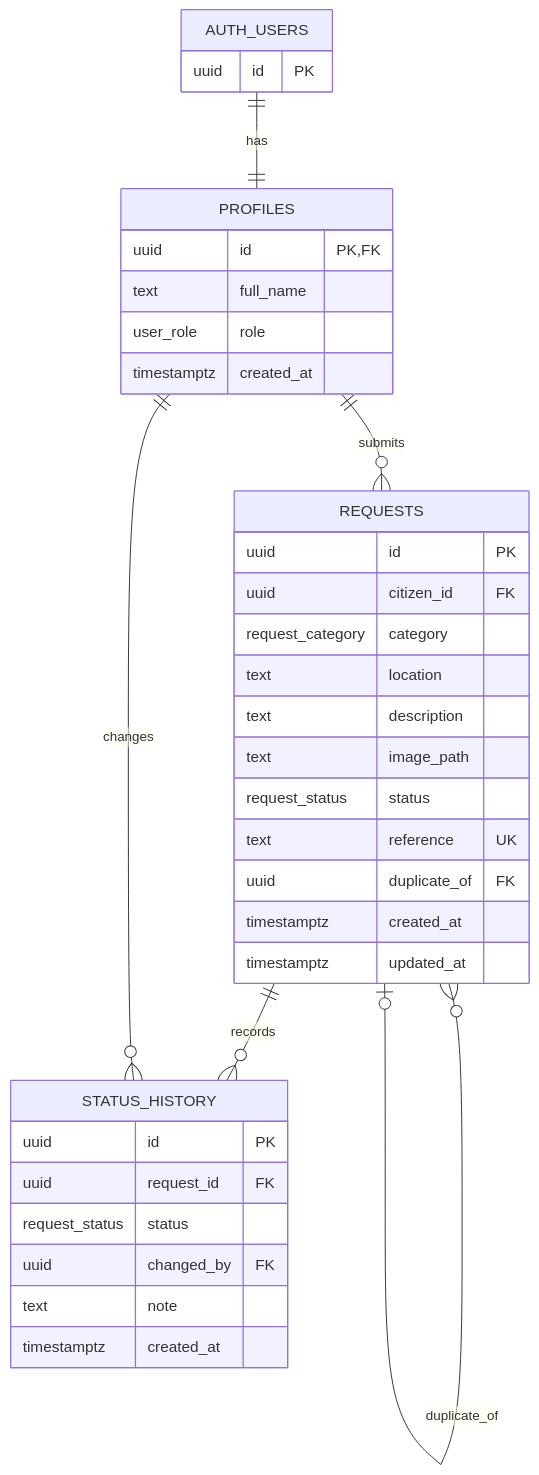
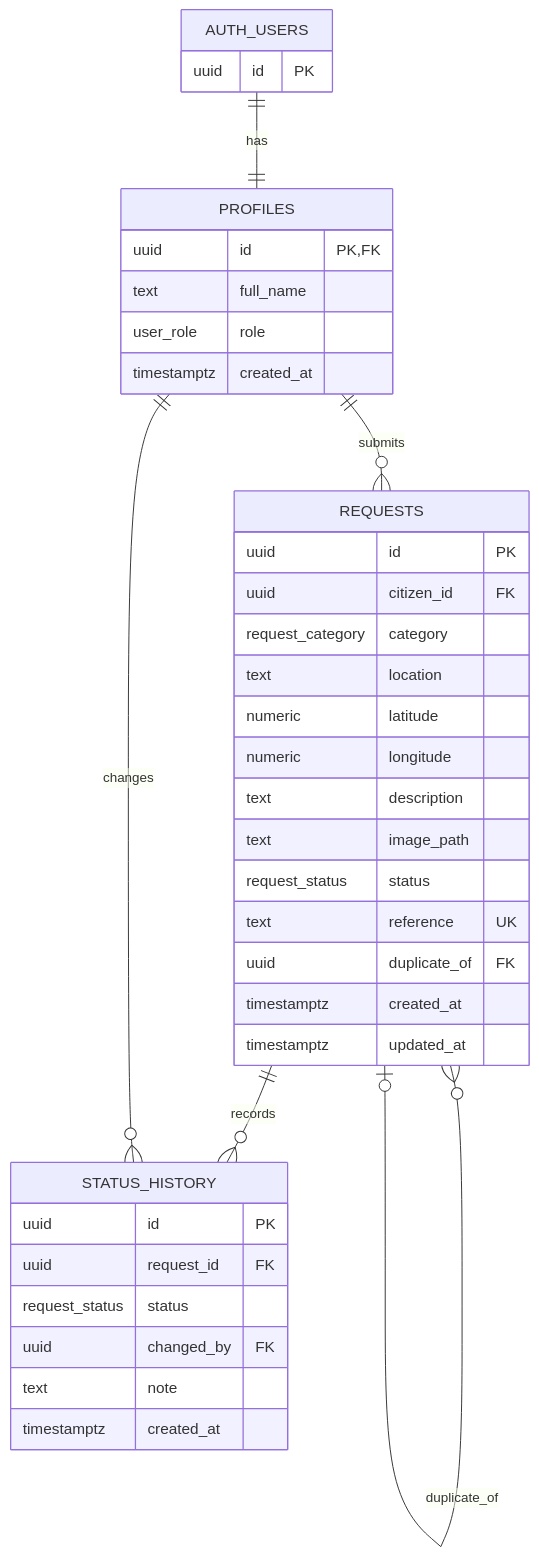
One commit to kurosakiaduma/tatua-service-requests changed the third of 3 diagrams in README.md. Above: the diagram before and after it, drawn with Mermaid. The commit also changed other lines of this file and 5 other files, not shown here.

````diff
--- a/README.md
+++ b/README.md
@@ -96,39 +126,41 @@
 ```mermaid
 erDiagram
     AUTH_USERS ||--|| PROFILES : "has"
     PROFILES ||--o{ REQUESTS : submits
     REQUESTS ||--o{ STATUS_HISTORY : records
     PROFILES ||--o{ STATUS_HISTORY : changes
     REQUESTS }o--o| REQUESTS : "duplicate_of"
 
     AUTH_USERS {
         uuid id PK
     }
     PROFILES {
         uuid id PK, FK
         text full_name
         user_role role
         timestamptz created_at
     }
     REQUESTS {
         uuid id PK
         uuid citizen_id FK
         request_category category
         text location
+        numeric latitude
+        numeric longitude
         text description
         text image_path
         request_status status
         text reference UK
         uuid duplicate_of FK
         timestamptz created_at
         timestamptz updated_at
     }
     STATUS_HISTORY {
         uuid id PK
         uuid request_id FK
         request_status status
         uuid changed_by FK
         text note
         timestamptz created_at
     }
 ```
````
